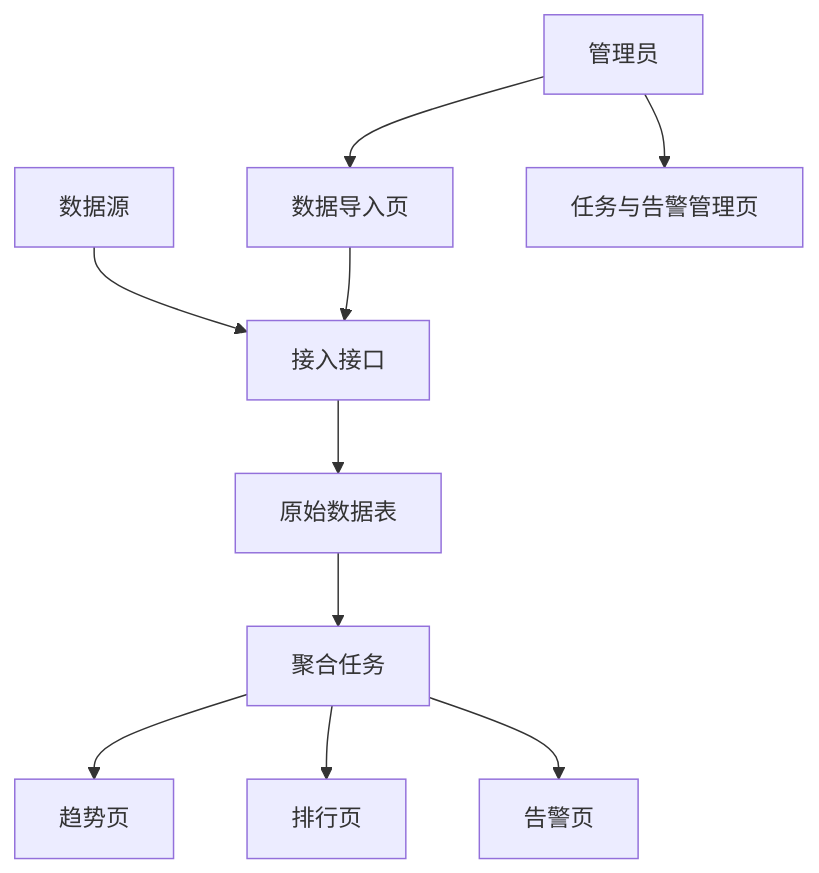
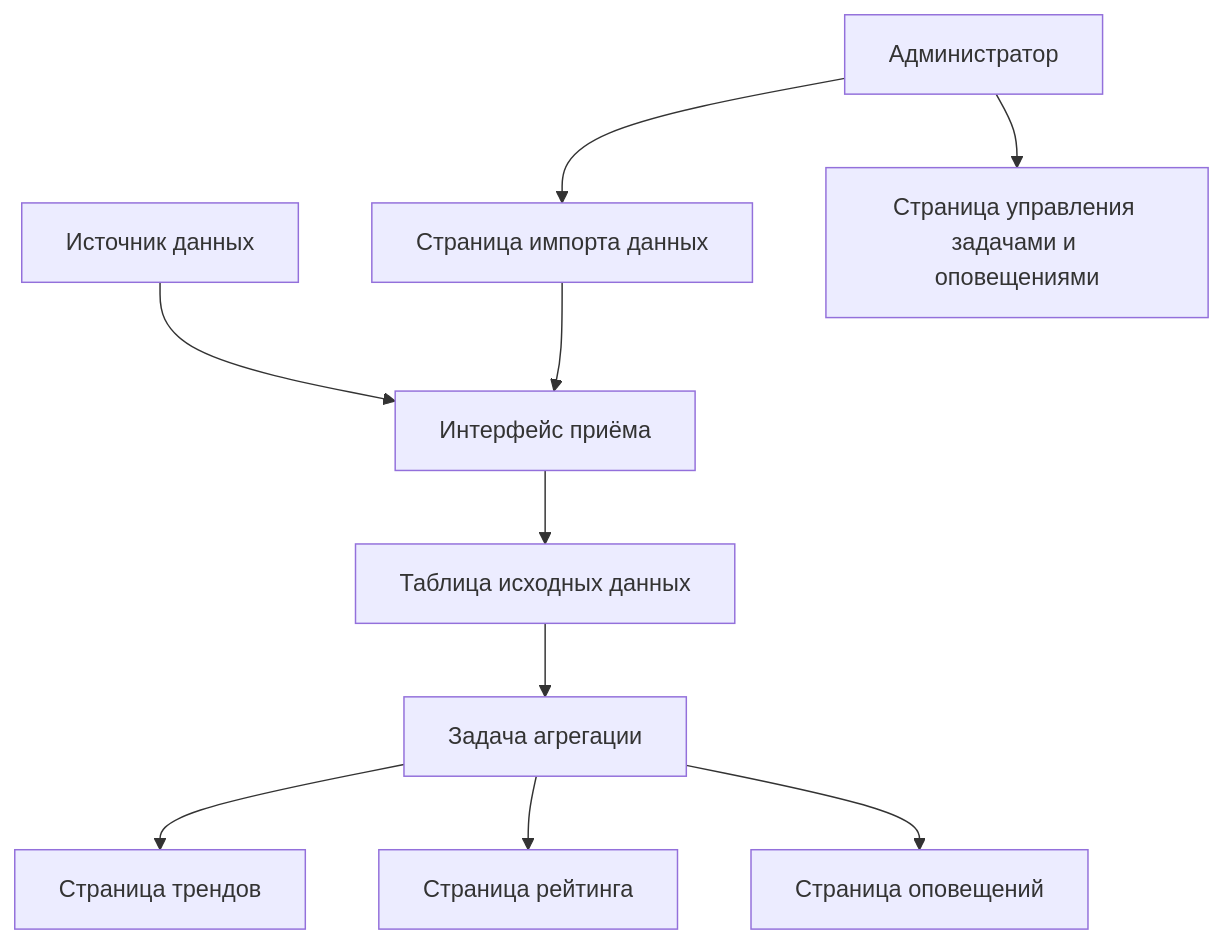
The second of 2 diagrams in docs/ru-ru/stage-2/assignments/traffic-data-visualization-go/PRD.md (Libertad-Harbour-LLC/study_vibe), drawn with Mermaid before and after one commit. The commit also changed other lines of this file and 1 other file, not shown here.

````diff
--- a/docs/ru-ru/stage-2/assignments/traffic-data-visualization-go/PRD.md
+++ b/docs/ru-ru/stage-2/assignments/traffic-data-visualization-go/PRD.md
@@ -169,12 +169,12 @@
 ```mermaid
 flowchart TD
-  source["数据源"] --> ingest["接入接口"]
-  ingest --> raw["原始数据表"]
-  raw --> agg["聚合任务"]
-  agg --> trend["趋势页"]
-  agg --> rank["排行页"]
-  agg --> alerts["告警页"]
-  admin["管理员"] --> imports["数据导入页"]
+  source["Источник данных"] --> ingest["Интерфейс приёма"]
+  ingest --> raw["Таблица исходных данных"]
+  raw --> agg["Задача агрегации"]
+  agg --> trend["Страница трендов"]
+  agg --> rank["Страница рейтинга"]
+  agg --> alerts["Страница оповещений"]
+  admin["Администратор"] --> imports["Страница импорта данных"]
   imports --> ingest
-  admin --> ops["任务与告警管理页"]
+  admin --> ops["Страница управления задачами и оповещениями"]
 ```
````
